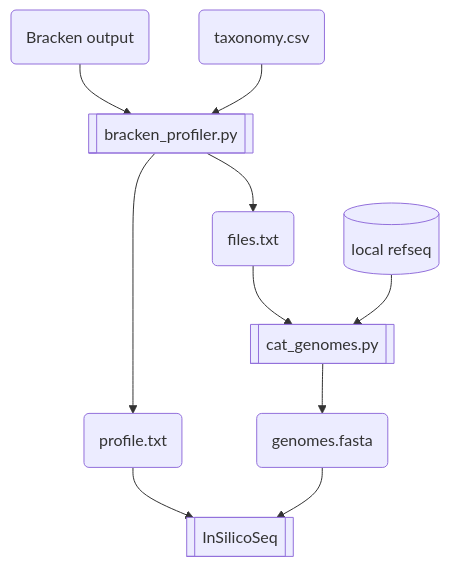
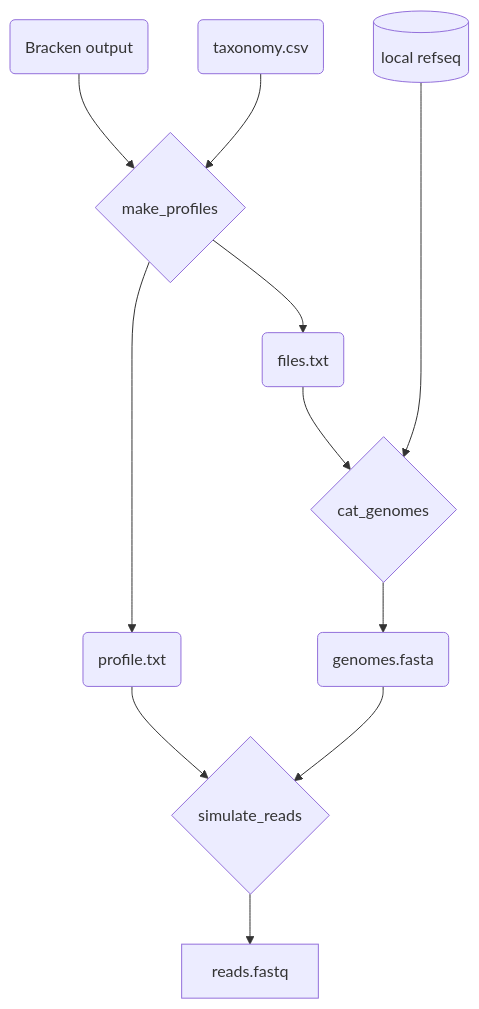
Before and after one commit to hurwitzlab/phage_detection_benchmarks: the diagram in src/simulate_reads/README.md, drawn with Mermaid. The commit also changed other lines of this file, not shown here.

Commit message:
add graph

````diff
--- a/src/simulate_reads/README.md
+++ b/src/simulate_reads/README.md
@@ -11,15 +11,16 @@
 ```mermaid
 graph TD
-    input(Bracken output) --> profiler[[bracken_profiler.py]];
+    input(Bracken output) --> profiler{make_profiles};
     taxa(taxonomy.csv) --> profiler;
     profiler --> profile(profile.txt);
     profiler --> globs(files.txt);
     refseq[(local refseq)];
-    cat[[cat_genomes.py]];
+    cat{cat_genomes};
     globs --> cat;
-    refseq --> cat;
+    refseq ----> cat;
     cat --> genomes(genomes.fasta);
-    iss[[InSilicoSeq]];
+    iss{simulate_reads};
     profile --> iss;
     genomes --> iss;
+    iss --> reads.fastq
 ```
````
